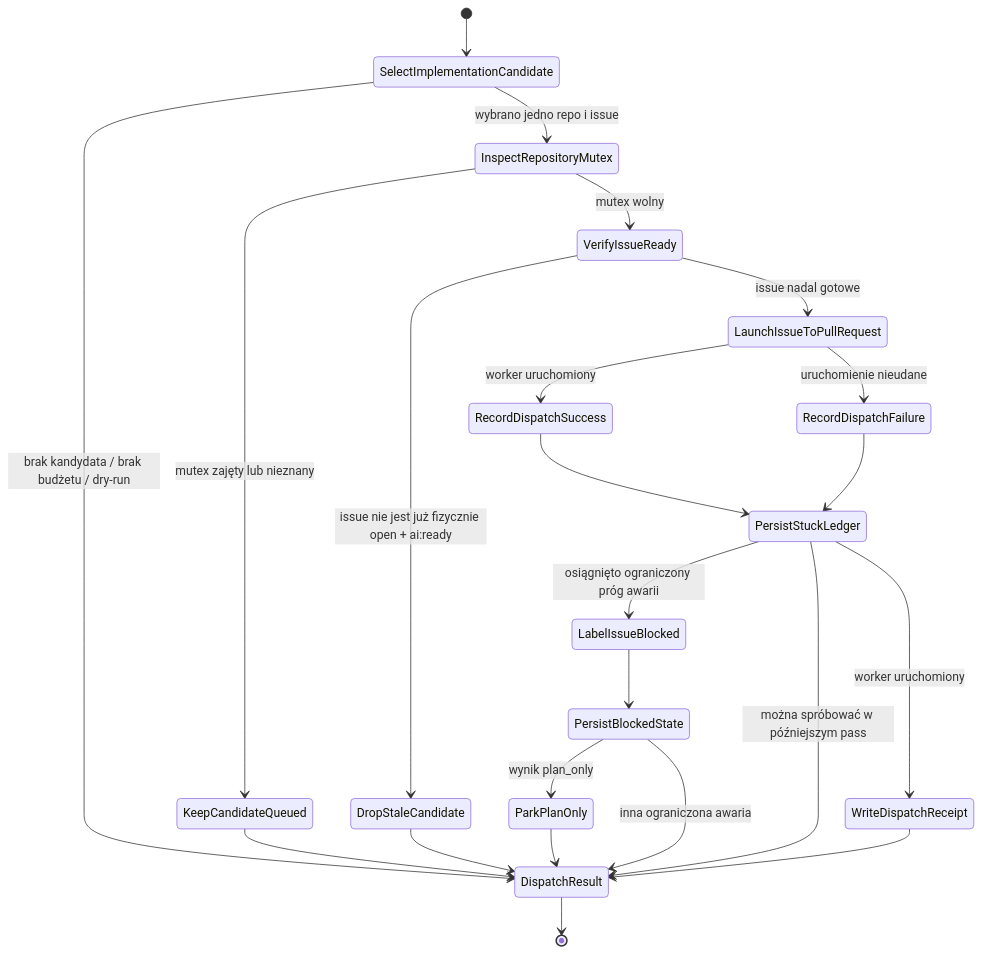
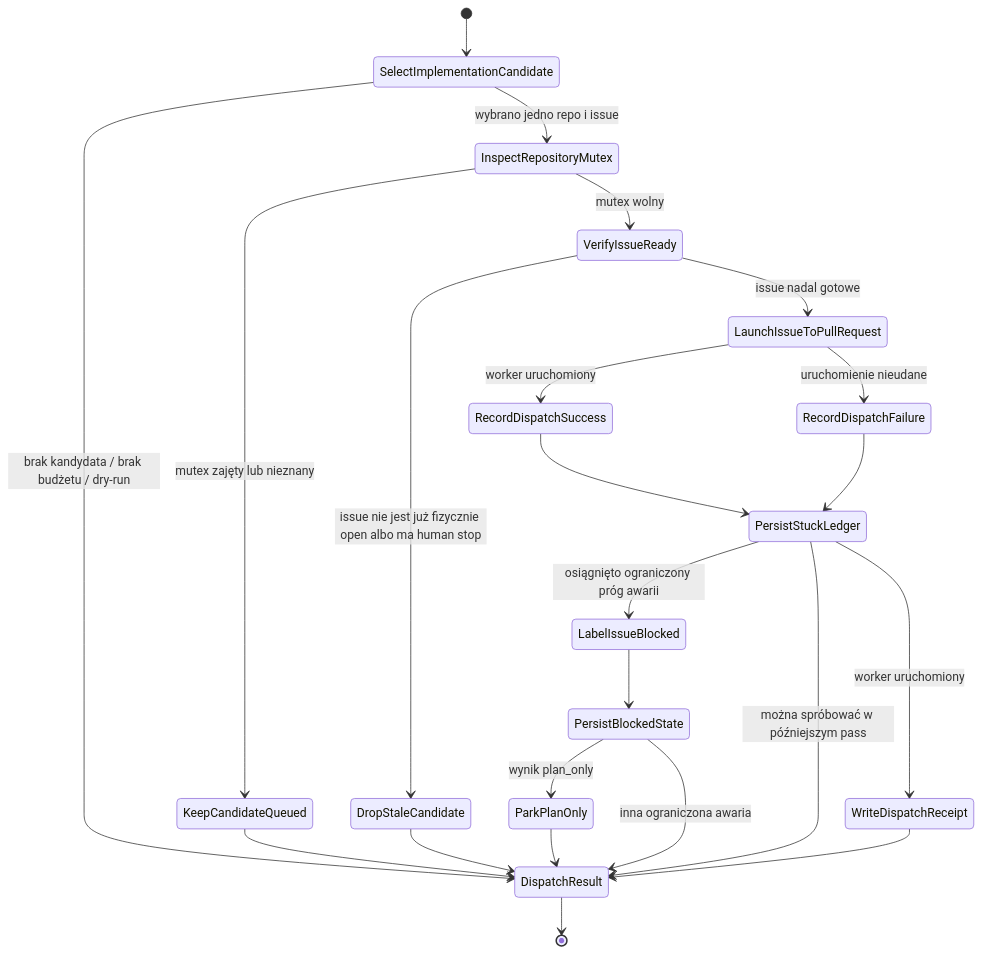
Before and after one commit to mikolaj92/lokay: the fifth of 39 diagrams in README.md, drawn with Mermaid. The commit also changed other lines of this file and 21 other files, not shown here.

First line of the commit message:
fix: treat open catalog issues as the queue, not work:ready

````diff
--- a/README.md
+++ b/README.md
@@ -221,25 +221,25 @@
 ```mermaid
 stateDiagram-v2
     [*] --> SelectImplementationCandidate
     SelectImplementationCandidate --> DispatchResult: brak kandydata / brak budżetu / dry-run
     SelectImplementationCandidate --> InspectRepositoryMutex: wybrano jedno repo i issue
     InspectRepositoryMutex --> KeepCandidateQueued: mutex zajęty lub nieznany
     InspectRepositoryMutex --> VerifyIssueReady: mutex wolny
-    VerifyIssueReady --> DropStaleCandidate: issue nie jest już fizycznie open + ai:ready
+    VerifyIssueReady --> DropStaleCandidate: issue nie jest już fizycznie open albo ma human stop
     VerifyIssueReady --> LaunchIssueToPullRequest: issue nadal gotowe
     LaunchIssueToPullRequest --> RecordDispatchSuccess: worker uruchomiony
     LaunchIssueToPullRequest --> RecordDispatchFailure: uruchomienie nieudane
     RecordDispatchSuccess --> PersistStuckLedger
     RecordDispatchFailure --> PersistStuckLedger
     PersistStuckLedger --> LabelIssueBlocked: osiągnięto ograniczony próg awarii
     PersistStuckLedger --> DispatchResult: można spróbować w późniejszym pass
     LabelIssueBlocked --> PersistBlockedState
     PersistBlockedState --> ParkPlanOnly: wynik plan_only
     PersistBlockedState --> DispatchResult: inna ograniczona awaria
     ParkPlanOnly --> DispatchResult
     PersistStuckLedger --> WriteDispatchReceipt: worker uruchomiony
     WriteDispatchReceipt --> DispatchResult
     KeepCandidateQueued --> DispatchResult
     DropStaleCandidate --> DispatchResult
     DispatchResult --> [*]
 ```
````
